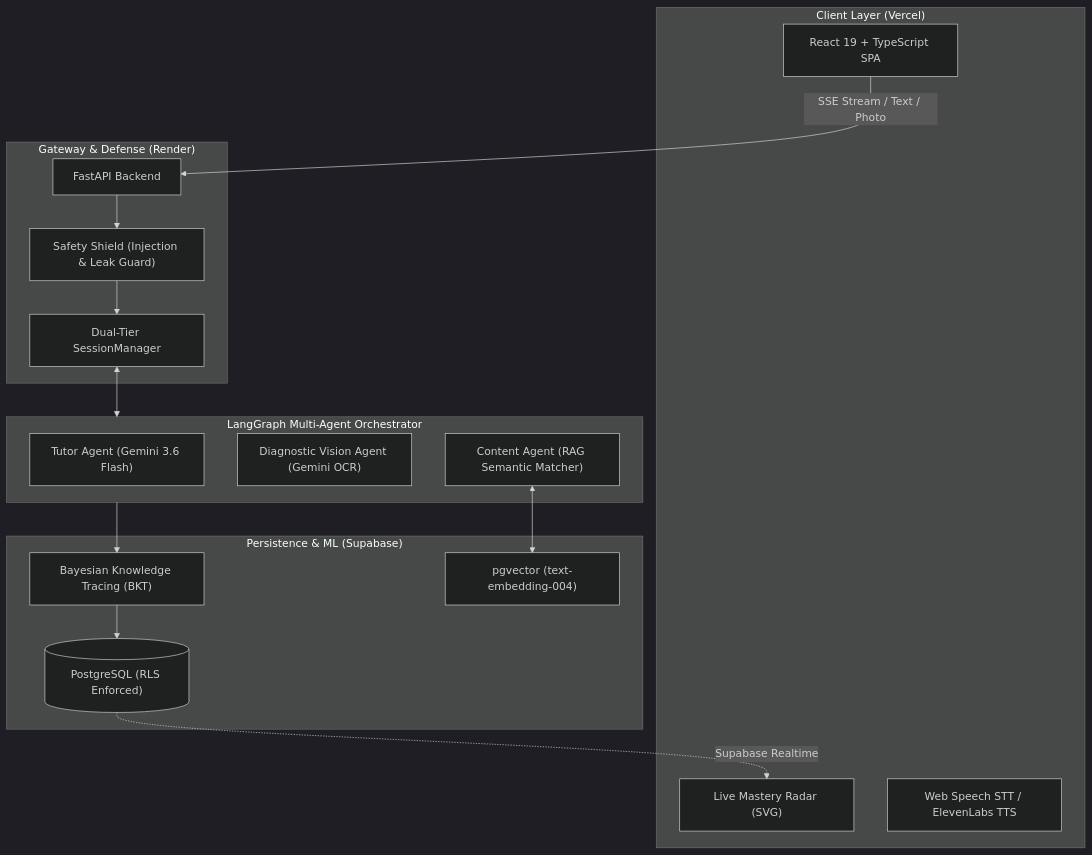
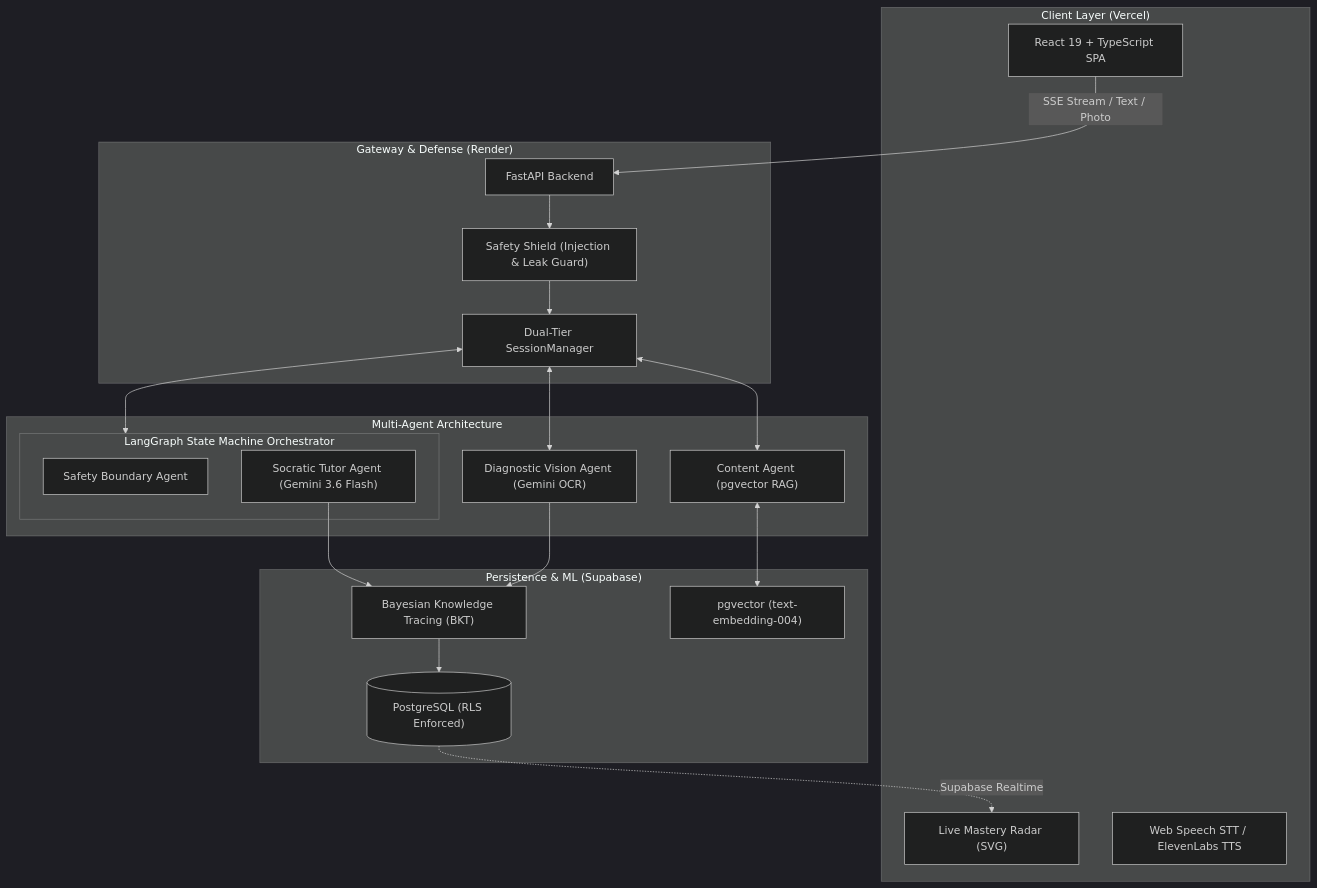
The diagram in README.md (Susil-commits/Veritas), drawn with Mermaid (dark theme) before and after one commit. The commit also changed other lines of this file and 1 other file, not shown here.

Commit message:
refactor(orchestrator): streamline graph to active safety-tutor state machine and update docs

````diff
--- a/README.md
+++ b/README.md
@@ -31,34 +31,40 @@
 ```mermaid
 flowchart TD
     subgraph Client ["Client Layer (Vercel)"]
         UI["React 19 + TypeScript SPA"]
         Radar["Live Mastery Radar (SVG)"]
         STT["Web Speech STT / ElevenLabs TTS"]
     end
 
     subgraph API ["Gateway & Defense (Render)"]
         FastAPI["FastAPI Backend"]
         Guard["Safety Shield (Injection & Leak Guard)"]
         SessMgr["Dual-Tier SessionManager"]
     end
 
-    subgraph Agents ["LangGraph Multi-Agent Orchestrator"]
-        TutorAgent["Tutor Agent (Gemini 3.6 Flash)"]
+    subgraph Agents ["Multi-Agent Architecture"]
+        subgraph Orchestrator ["LangGraph State Machine Orchestrator"]
+            SafetyAgent["Safety Boundary Agent"]
+            TutorAgent["Socratic Tutor Agent (Gemini 3.6 Flash)"]
+        end
         DiagAgent["Diagnostic Vision Agent (Gemini OCR)"]
-        ContentAgent["Content Agent (RAG Semantic Matcher)"]
+        ContentAgent["Content Agent (pgvector RAG)"]
     end
 
     subgraph Data ["Persistence & ML (Supabase)"]
         BKT["Bayesian Knowledge Tracing (BKT)"]
         PgVector["pgvector (text-embedding-004)"]
         DB[("PostgreSQL (RLS Enforced)")]
     end
 
     UI -->|SSE Stream / Text / Photo| FastAPI
     FastAPI --> Guard --> SessMgr
-    SessMgr <--> Agents
-    Agents --> BKT
+    SessMgr <--> Orchestrator
+    SessMgr <--> DiagAgent
+    SessMgr <--> ContentAgent
+    TutorAgent --> BKT
+    DiagAgent --> BKT
     BKT --> DB
     ContentAgent <--> PgVector
     DB -.->|Supabase Realtime| Radar
 ```
````
